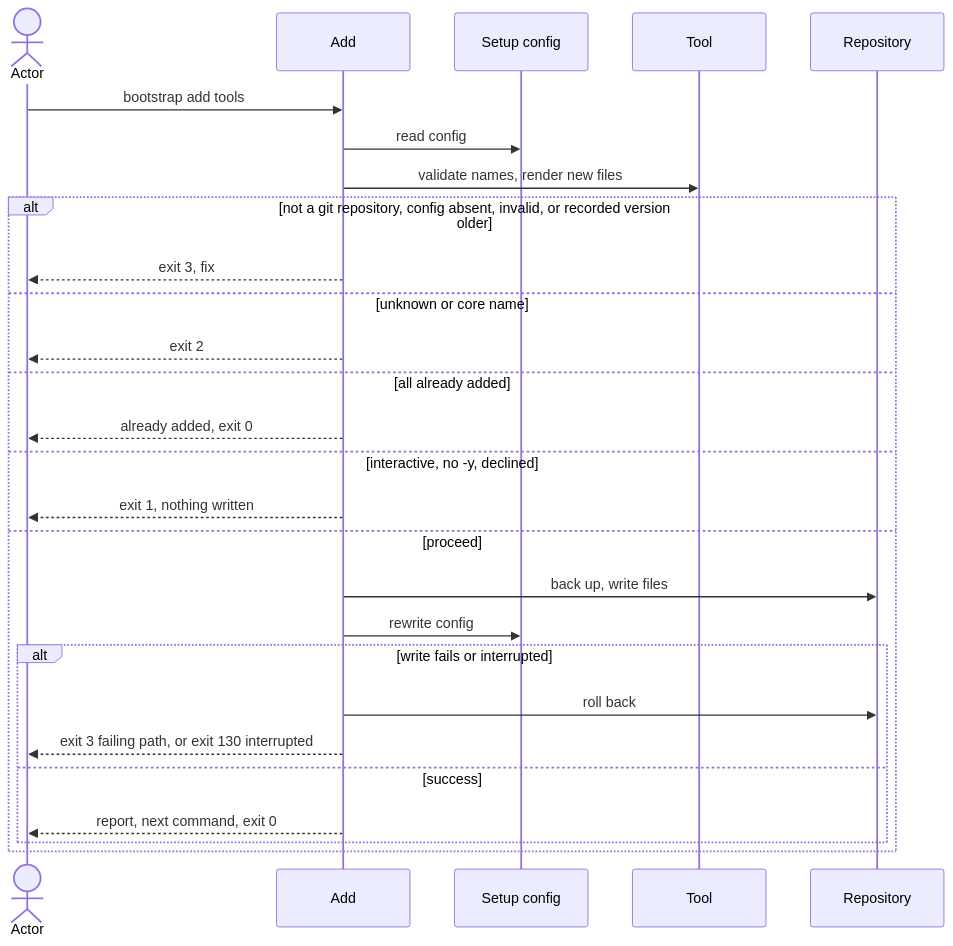
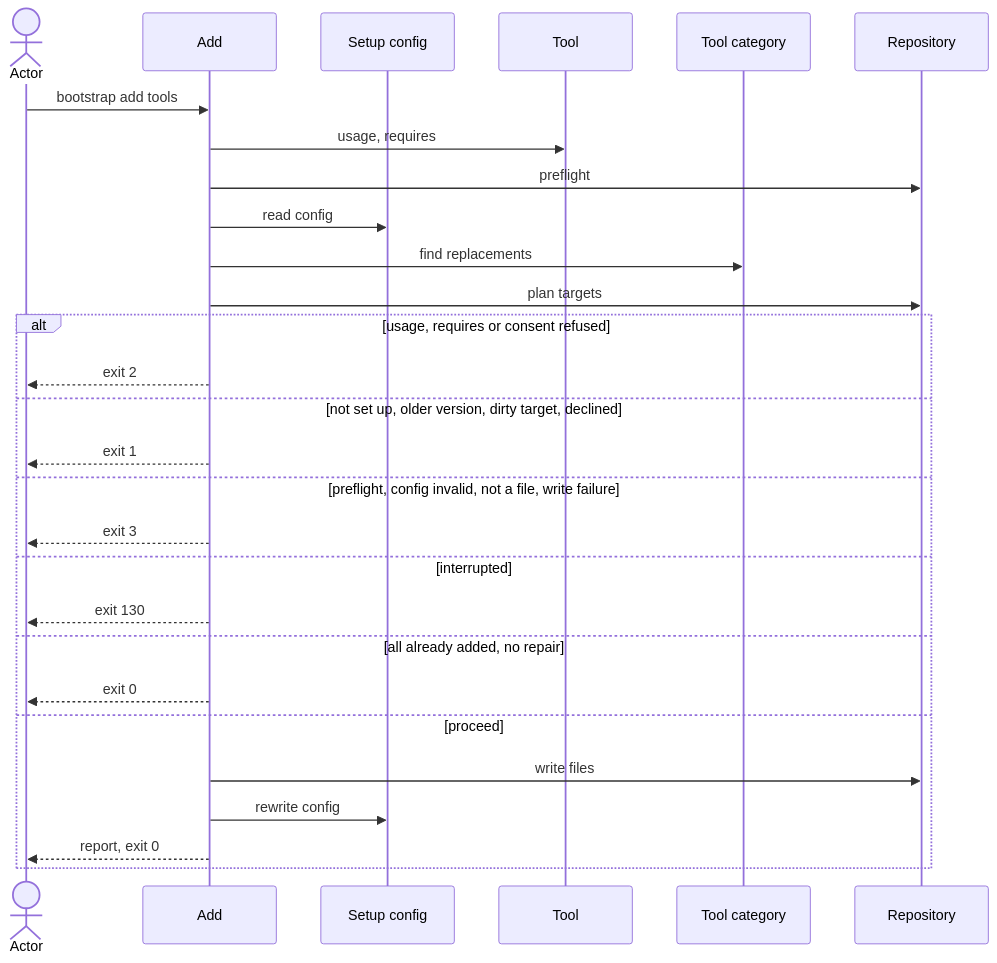
Before and after one commit to virajp/bootstrap: the diagram in docs/blueprint/flows/cli/140-add-tool/index.md, drawn with Mermaid. The commit also changed other lines of this file and 31 other files, not shown here.

````diff
--- a/docs/blueprint/flows/cli/140-add-tool/index.md
+++ b/docs/blueprint/flows/cli/140-add-tool/index.md
@@ -80,29 +121,30 @@
 ```mermaid
 sequenceDiagram
     actor O as Actor
     participant A as Add
     participant C as Setup config
     participant T as Tool
+    participant K as Tool category
     participant R as Repository
     O->>A: bootstrap add tools
+    A->>T: usage, requires
+    A->>R: preflight
     A->>C: read config
-    A->>T: validate names, render new files
-    alt not a git repository, config absent, invalid, or recorded version older
-        A-->>O: exit 3, fix
-    else unknown or core name
+    A->>K: find replacements
+    A->>R: plan targets
+    alt usage, requires or consent refused
         A-->>O: exit 2
-    else all already added
-        A-->>O: already added, exit 0
-    else interactive, no -y, declined
-        A-->>O: exit 1, nothing written
+    else not set up, older version, dirty target, declined
+        A-->>O: exit 1
+    else preflight, config invalid, not a file, write failure
+        A-->>O: exit 3
+    else interrupted
+        A-->>O: exit 130
+    else all already added, no repair
+        A-->>O: exit 0
     else proceed
-        A->>R: back up, write files
+        A->>R: write files
         A->>C: rewrite config
-        alt write fails or interrupted
-            A->>R: roll back
-            A-->>O: exit 3 failing path, or exit 130 interrupted
-        else success
-            A-->>O: report, next command, exit 0
-        end
+        A-->>O: report, exit 0
     end
 ```
````
